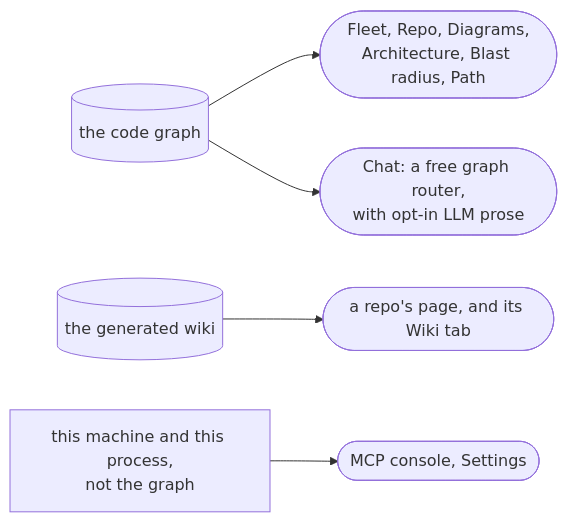
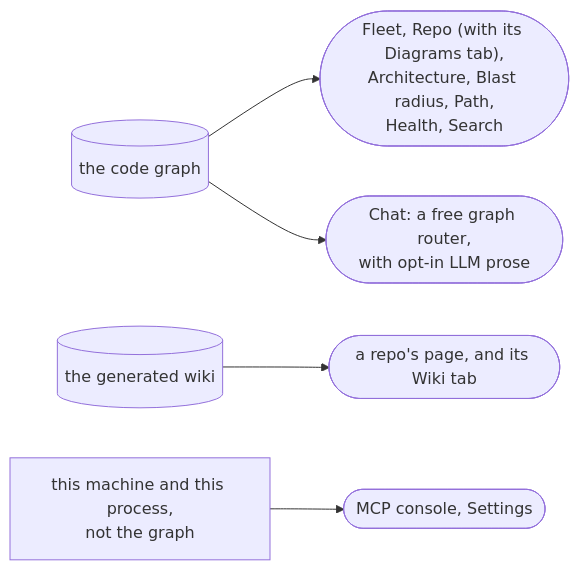
Before and after one commit to sayak-sarkar/contextlake: the diagram in docs/using-the-dashboard.md, drawn with Mermaid. The commit also changed 11 other files, not shown here.

First line of the commit message:
docs(site): correct 22 claims and diagrams on 12 docs pages

````diff
--- a/docs/using-the-dashboard.md
+++ b/docs/using-the-dashboard.md
@@ -14,7 +14,7 @@
 ```mermaid
 flowchart LR
-  G[("the code graph")] --> A(["Fleet, Repo, Diagrams,<br/>Architecture, Blast radius, Path"])
+  G[("the code graph")] --> A(["Fleet, Repo (with its Diagrams tab),<br/>Architecture, Blast radius, Path,<br/>Health, Search"])
   W[("the generated wiki")] --> B(["a repo's page, and its Wiki tab"])
   G --> C(["Chat: a free graph router,<br/>with opt-in LLM prose"])
   P["this machine and this process,<br/>not the graph"] --> D(["MCP console, Settings"])
 ```
````
